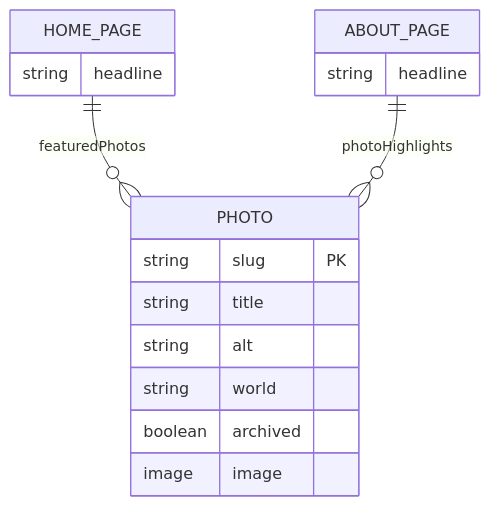
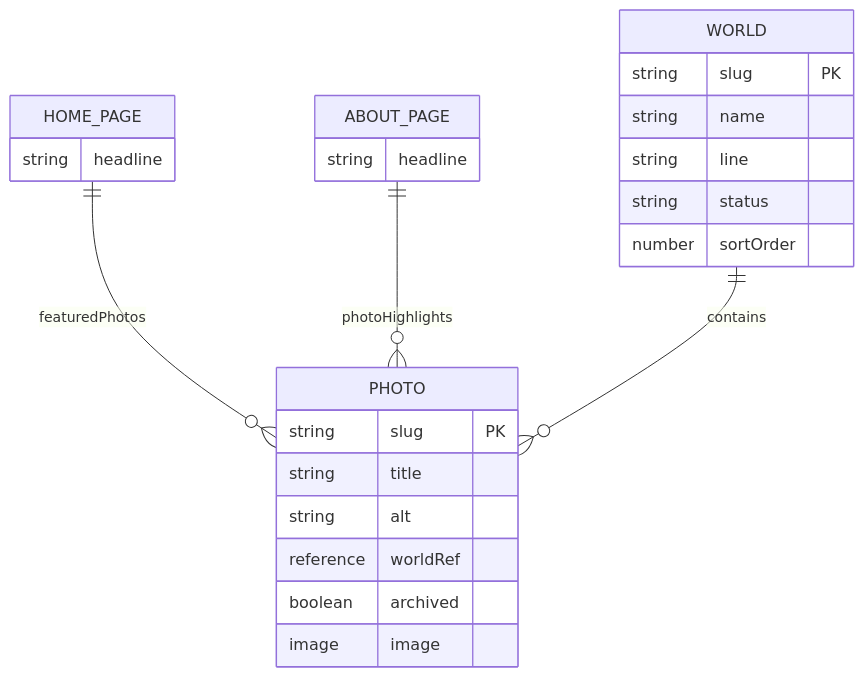
Before and after one commit to osnaren/frameos: the diagram in docs/architecture/data-layer.md, drawn with Mermaid. The commit also changed other lines of this file and 4 other files, not shown here.

````diff
--- a/docs/architecture/data-layer.md
+++ b/docs/architecture/data-layer.md
@@ -71,19 +71,27 @@
 ```mermaid
 erDiagram
     PHOTO {
         string slug PK
         string title
         string alt
-        string world
+        reference worldRef
         boolean archived
         image image
+    }
+    WORLD {
+        string slug PK
+        string name
+        string line
+        string status
+        number sortOrder
     }
     HOME_PAGE {
         string headline
     }
     ABOUT_PAGE {
         string headline
     }
     HOME_PAGE ||--o{ PHOTO : featuredPhotos
     ABOUT_PAGE ||--o{ PHOTO : photoHighlights
+    WORLD ||--o{ PHOTO : contains
 ```
````
